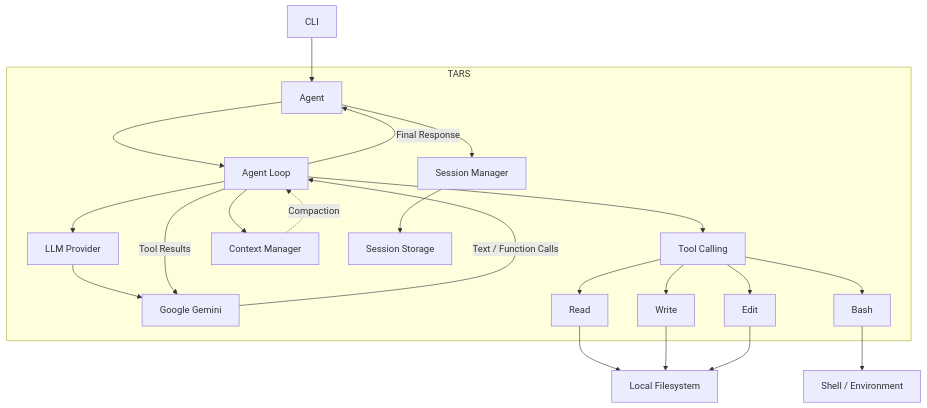
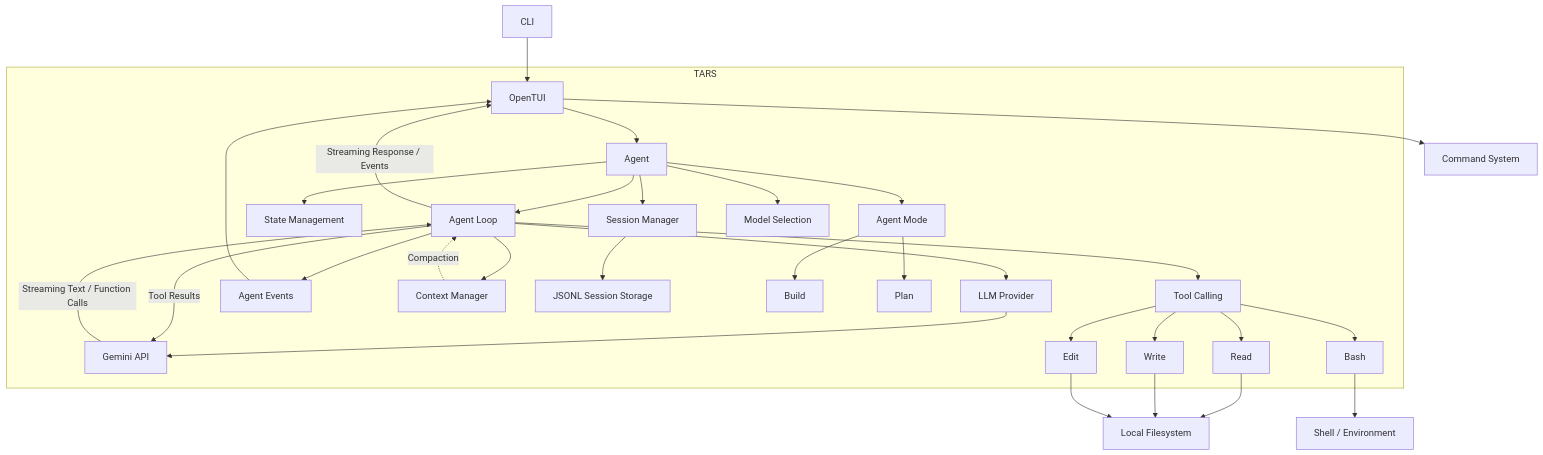
One commit to vansh-vm04/tars changed the diagram in README.md. Above: the diagram before and after it, drawn with Mermaid. The commit also changed other lines of this file, not shown here.

````diff
--- a/README.md
+++ b/README.md
@@ -7,32 +18,49 @@
 ```mermaid
 graph TD
-    CLI["CLI"] --> AGENT["Agent"]
+
+    CLI["CLI"] --> TUI["OpenTUI"]
+    TUI --> COMMANDS["Command System"]
+    TUI --> AGENT["Agent"]
 
     subgraph TARS["TARS"]
+
         AGENT --> LOOP["Agent Loop"]
 
         LOOP --> PROVIDER["LLM Provider"]
-        PROVIDER --> GEMINI["Google Gemini"]
+        PROVIDER --> GEMINI["Gemini API"]
 
         LOOP --> TOOLS["Tool Calling"]
         TOOLS --> READ["Read"]
         TOOLS --> WRITE["Write"]
         TOOLS --> EDIT["Edit"]
         TOOLS --> BASH["Bash"]
 
+        LOOP --> EVENTS["Agent Events"]
+        EVENTS --> TUI
+
         LOOP --> CONTEXT["Context Manager"]
         CONTEXT -.->|"Compaction"| LOOP
 
+        AGENT --> STATE["State Management"]
+
         AGENT --> SESSION["Session Manager"]
-        SESSION --> STORAGE["Session Storage"]
+        SESSION --> STORAGE["JSONL Session Storage"]
+
+        AGENT --> MODE["Agent Mode"]
+        MODE --> BUILD["Build"]
+        MODE --> PLAN["Plan"]
+
+        AGENT --> MODEL["Model Selection"]
+
     end
 
     READ --> FS["Local Filesystem"]
     WRITE --> FS
     EDIT --> FS
+
     BASH --> SHELL["Shell / Environment"]
 
-    GEMINI -->|"Text / Function Calls"| LOOP
+    GEMINI -->|"Streaming Text / Function Calls"| LOOP
     LOOP -->|"Tool Results"| GEMINI
-    LOOP -->|"Final Response"| AGENT
+    LOOP -->|"Streaming Response / Events"| TUI
 ```
````
